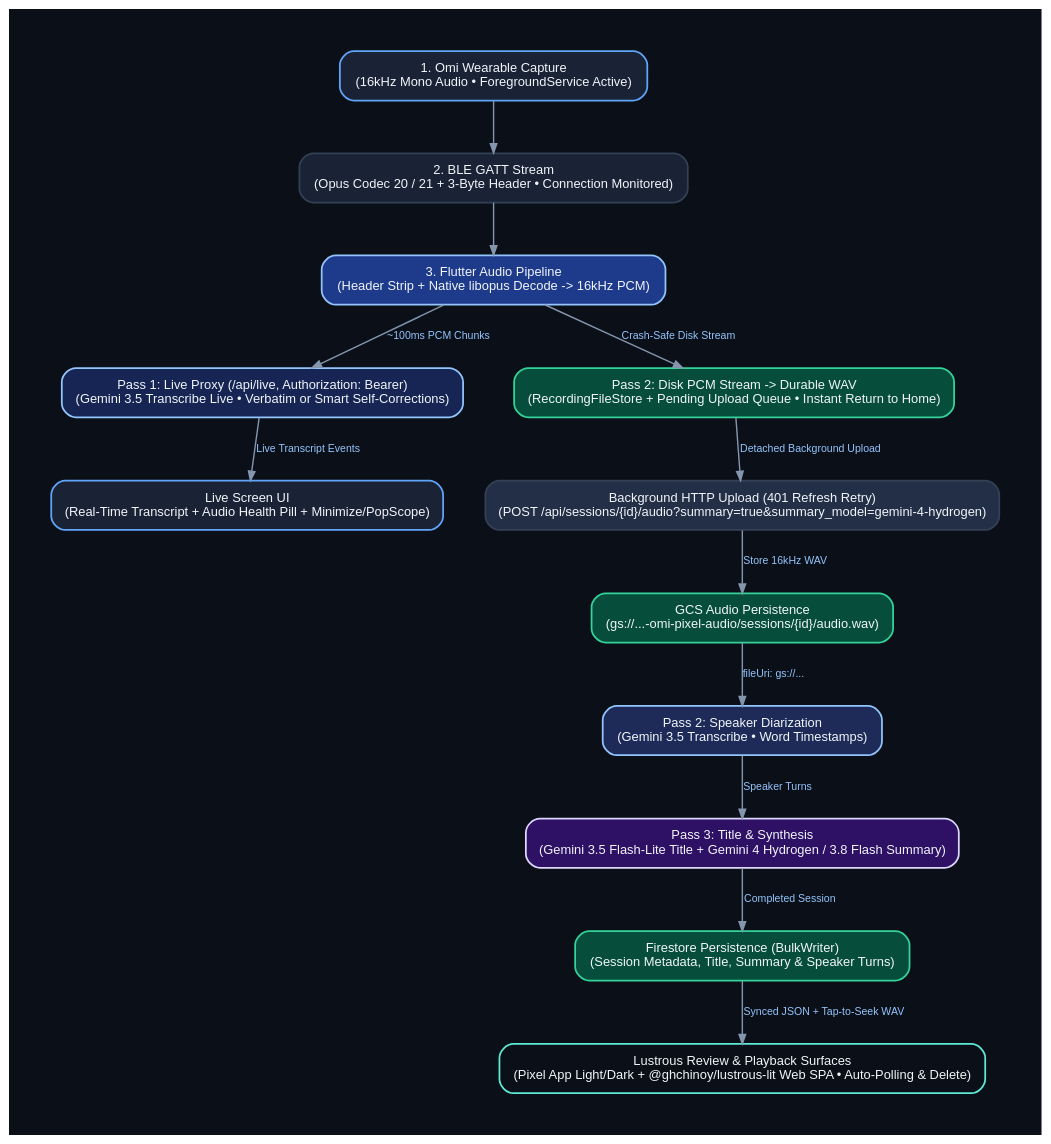
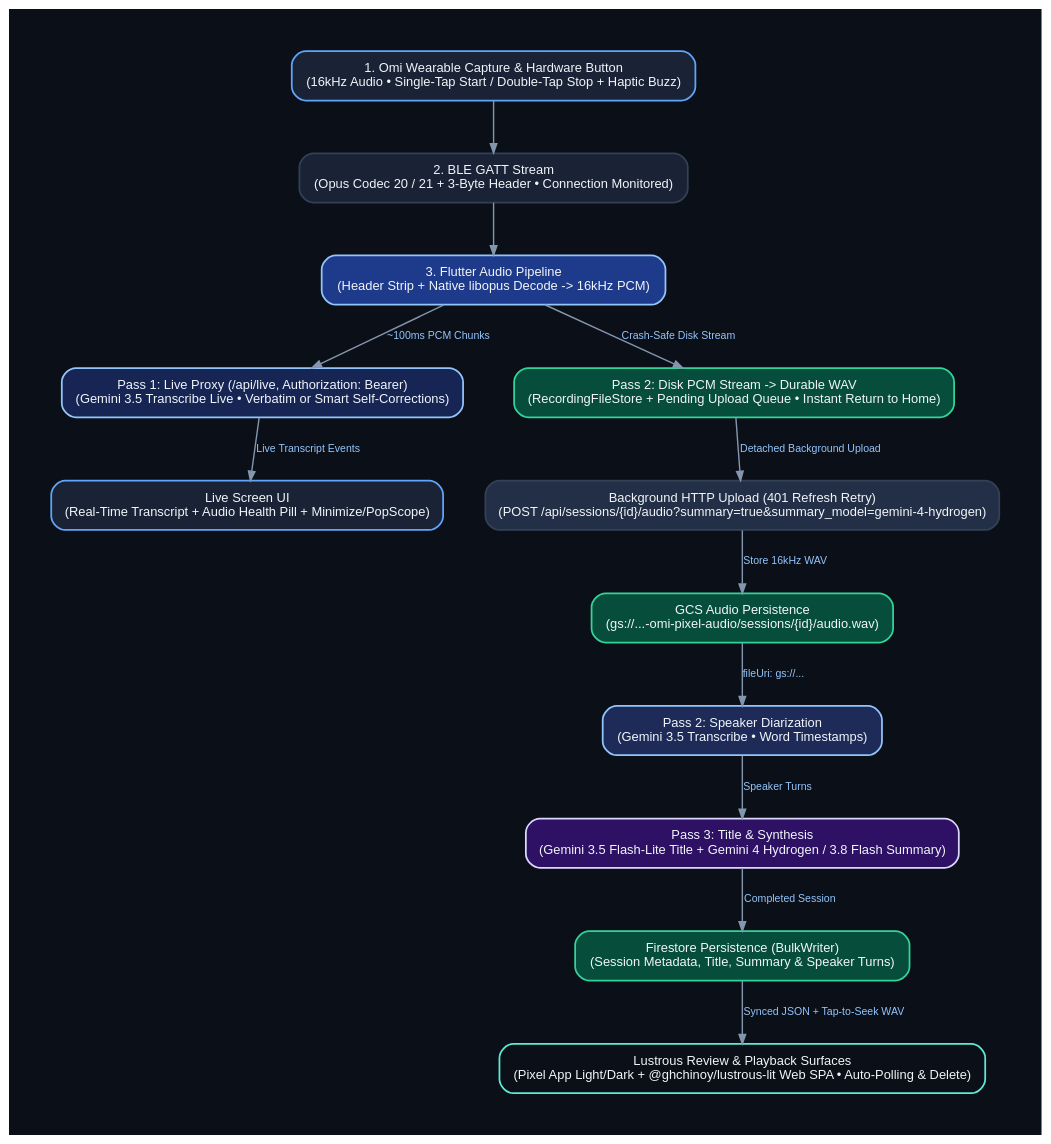
One commit to ghchinoy/omi-pixel changed the diagram in docs/diagrams/dataflow.dot. Above: the diagram before and after it, drawn with Graphviz. The commit also changed 16 other files, not shown here.

Commit message:
chore(release): bump v0.4.2, add light-mode diagrams, update docs & onboarding tasks

```diff
--- a/docs/diagrams/dataflow.dot
+++ b/docs/diagrams/dataflow.dot
@@ -1,66 +1,66 @@
 digraph OmiPixelDataFlow {
     graph [
         rankdir=TB,
         bgcolor="#0b0f17",
         fontname="Helvetica,Arial,sans-serif",
         fontsize=12,
         pad="0.5",
         nodesep="0.5",
         ranksep="0.6"
     ];
 
     node [
         shape=box,
         style="filled,rounded",
         fontname="Helvetica,Arial,sans-serif",
         fontsize=11,
         color="#334155",
         fontcolor="#f1f5f9",
         penwidth=1.5,
         margin="0.2,0.12"
     ];
 
     edge [
         fontname="Helvetica,Arial,sans-serif",
         fontsize=9,
         color="#8496ae",
         fontcolor="#93c5fd",
         penwidth=1.2,
         arrowsize=0.8
     ];
 
     // Capture & Decode
-    step_mic [label="1. Omi Wearable Capture\n(16kHz Mono Audio • ForegroundService Active)", fillcolor="#1a2336", color="#60a5fa"];
+    step_mic [label="1. Omi Wearable Capture & Hardware Button\n(16kHz Audio • Single-Tap Start / Double-Tap Stop + Haptic Buzz)", fillcolor="#1a2336", color="#60a5fa"];
     step_ble [label="2. BLE GATT Stream\n(Opus Codec 20 / 21 + 3-Byte Header • Connection Monitored)", fillcolor="#1a2336"];
     step_decode [label="3. Flutter Audio Pipeline\n(Header Strip + Native libopus Decode -> 16kHz PCM)", fillcolor="#1e3a8a", color="#93c5fd"];
 
     // Pass 1: Live
     step_live_ws [label="Pass 1: Live Proxy (/api/live, Authorization: Bearer)\n(Gemini 3.5 Transcribe Live • Verbatim or Smart Self-Corrections)", fillcolor="#172554", color="#93c5fd"];
     step_live_ui [label="Live Screen UI\n(Real-Time Transcript + Audio Health Pill + Minimize/PopScope)", fillcolor="#1a2336", color="#60a5fa"];
 
     // Pass 2 & 3: Durable Disk + Background Diarization
     step_disk_wav [label="Pass 2: Disk PCM Stream -> Durable WAV\n(RecordingFileStore + Pending Upload Queue • Instant Return to Home)", fillcolor="#064e3b", color="#34d399"];
     step_upload [label="Background HTTP Upload (401 Refresh Retry)\n(POST /api/sessions/{id}/audio?summary=true&summary_model=gemini-4-hydrogen)", fillcolor="#232f46"];
     step_gcs [label="GCS Audio Persistence\n(gs://...-omi-pixel-audio/sessions/{id}/audio.wav)", fillcolor="#064e3b", color="#34d399"];
     step_diarize [label="Pass 2: Speaker Diarization\n(Gemini 3.5 Transcribe • Word Timestamps)", fillcolor="#1e2b58", color="#93c5fd"];
     step_synthesis [label="Pass 3: Title & Synthesis\n(Gemini 3.5 Flash-Lite Title + Gemini 4 Hydrogen / 3.8 Flash Summary)", fillcolor="#2e1065", color="#ddd6fe"];
     step_store [label="Firestore Persistence (BulkWriter)\n(Session Metadata, Title, Summary & Speaker Turns)", fillcolor="#064e3b", color="#34d399"];
     step_review [label="Lustrous Review & Playback Surfaces\n(Pixel App Light/Dark + @ghchinoy/lustrous-lit Web SPA • Auto-Polling & Delete)", fillcolor="#0b0f17", color="#5eead4"];
 
     // Flow
     step_mic -> step_ble;
     step_ble -> step_decode;
 
     // Pass 1
     step_decode -> step_live_ws [label="~100ms PCM Chunks"];
     step_live_ws -> step_live_ui [label="Live Transcript Events"];
 
     // Pass 2 & 3
     step_decode -> step_disk_wav [label="Crash-Safe Disk Stream"];
     step_disk_wav -> step_upload [label="Detached Background Upload"];
     step_upload -> step_gcs [label="Store 16kHz WAV"];
     step_gcs -> step_diarize [label="fileUri: gs://..."];
     step_diarize -> step_synthesis [label="Speaker Turns"];
     step_synthesis -> step_store [label="Completed Session"];
     step_store -> step_review [label="Synced JSON + Tap-to-Seek WAV"];
 }
```
